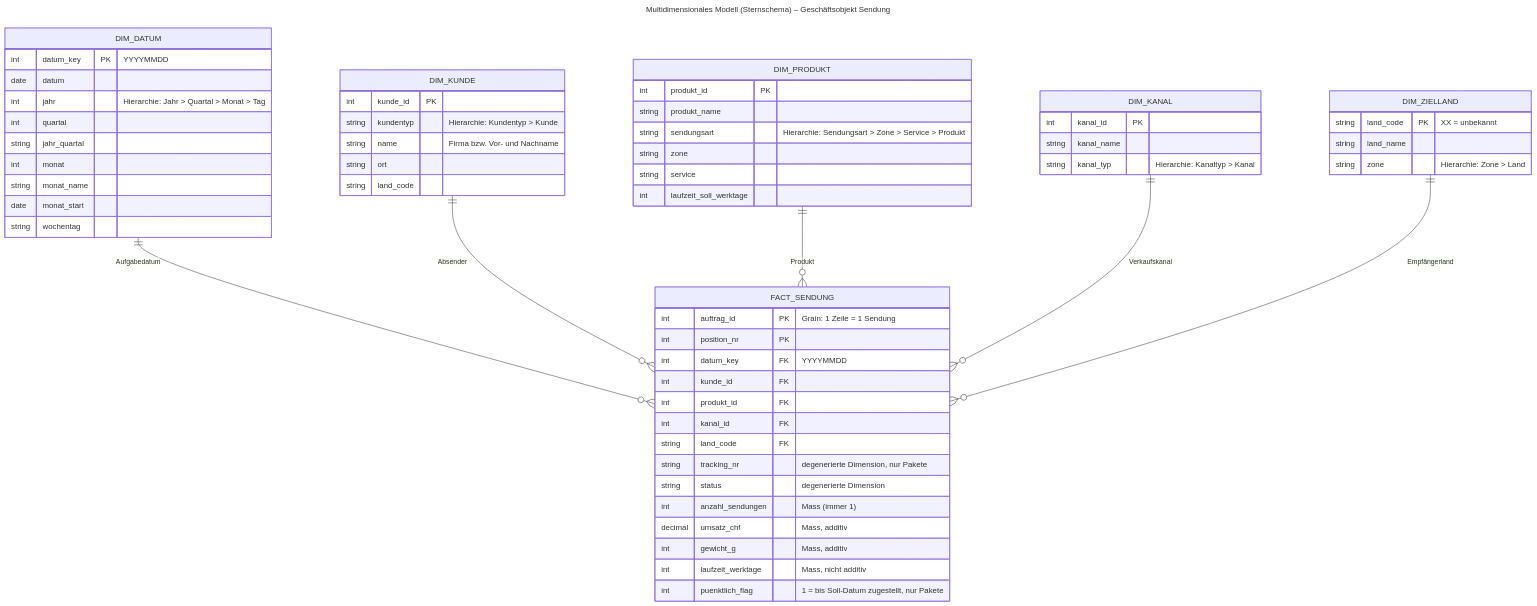
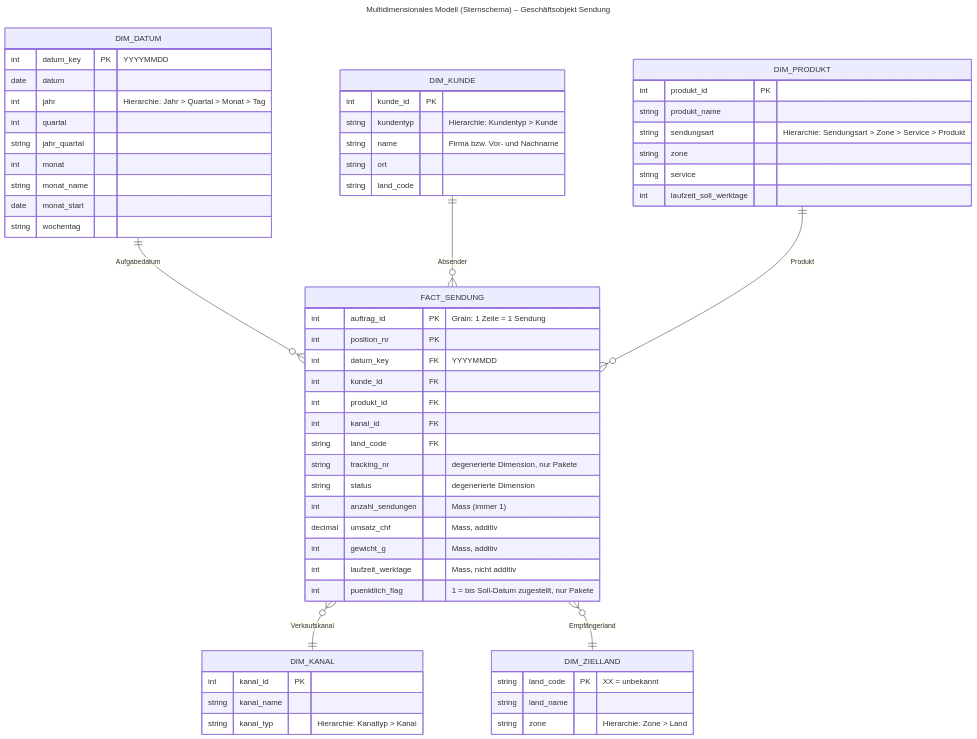
Before and after one commit to taar1/ZHAW_DB_DQH_Leistungsnachweis: the diagram in docs/diagramme/sternschema_sendung.mmd, drawn with Mermaid. The commit also changed 6 other files, not shown here.

First line of the commit message:
Diagramme als PNG im Bericht, Sternschema als Stern angeordnet

```diff
--- a/docs/diagramme/sternschema_sendung.mmd
+++ b/docs/diagramme/sternschema_sendung.mmd
@@ -1,62 +1,62 @@
 ---
 title: Multidimensionales Modell (Sternschema) – Geschäftsobjekt Sendung
 ---
 erDiagram
     DIM_DATUM ||--o{ FACT_SENDUNG : "Aufgabedatum"
     DIM_KUNDE ||--o{ FACT_SENDUNG : "Absender"
     DIM_PRODUKT ||--o{ FACT_SENDUNG : "Produkt"
-    DIM_KANAL ||--o{ FACT_SENDUNG : "Verkaufskanal"
-    DIM_ZIELLAND ||--o{ FACT_SENDUNG : "Empfängerland"
+    FACT_SENDUNG }o--|| DIM_KANAL : "Verkaufskanal"
+    FACT_SENDUNG }o--|| DIM_ZIELLAND : "Empfängerland"
 
     FACT_SENDUNG {
         int auftrag_id PK "Grain: 1 Zeile = 1 Sendung"
         int position_nr PK
         int datum_key FK "YYYYMMDD"
         int kunde_id FK
         int produkt_id FK
         int kanal_id FK
         string land_code FK
         string tracking_nr "degenerierte Dimension, nur Pakete"
         string status "degenerierte Dimension"
         int anzahl_sendungen "Mass (immer 1)"
         decimal umsatz_chf "Mass, additiv"
         int gewicht_g "Mass, additiv"
         int laufzeit_werktage "Mass, nicht additiv"
         int puenktlich_flag "1 = bis Soll-Datum zugestellt, nur Pakete"
     }
     DIM_DATUM {
         int datum_key PK "YYYYMMDD"
         date datum
         int jahr "Hierarchie: Jahr > Quartal > Monat > Tag"
         int quartal
         string jahr_quartal
         int monat
         string monat_name
         date monat_start
         string wochentag
     }
     DIM_KUNDE {
         int kunde_id PK
         string kundentyp "Hierarchie: Kundentyp > Kunde"
         string name "Firma bzw. Vor- und Nachname"
         string ort
         string land_code
     }
     DIM_PRODUKT {
         int produkt_id PK
         string produkt_name
         string sendungsart "Hierarchie: Sendungsart > Zone > Service > Produkt"
         string zone
         string service
         int laufzeit_soll_werktage
     }
     DIM_KANAL {
         int kanal_id PK
         string kanal_name
         string kanal_typ "Hierarchie: Kanaltyp > Kanal"
     }
     DIM_ZIELLAND {
         string land_code PK "XX = unbekannt"
         string land_name
         string zone "Hierarchie: Zone > Land"
     }
```
